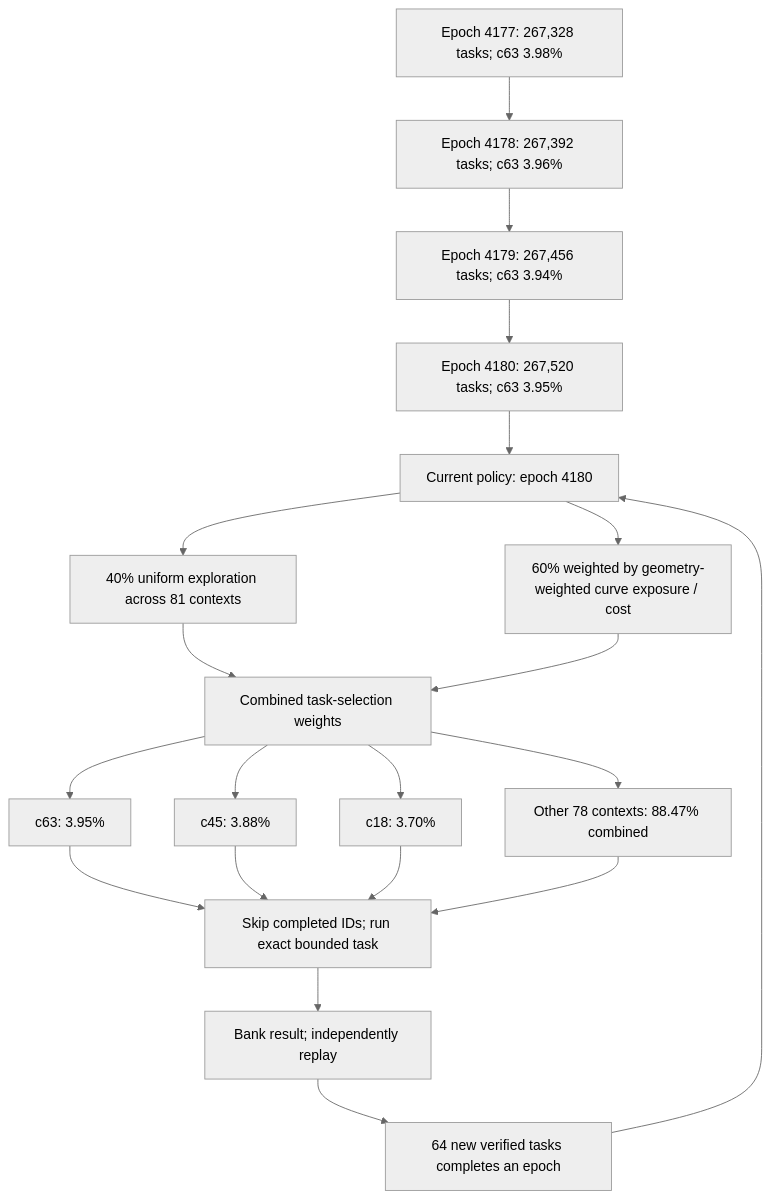
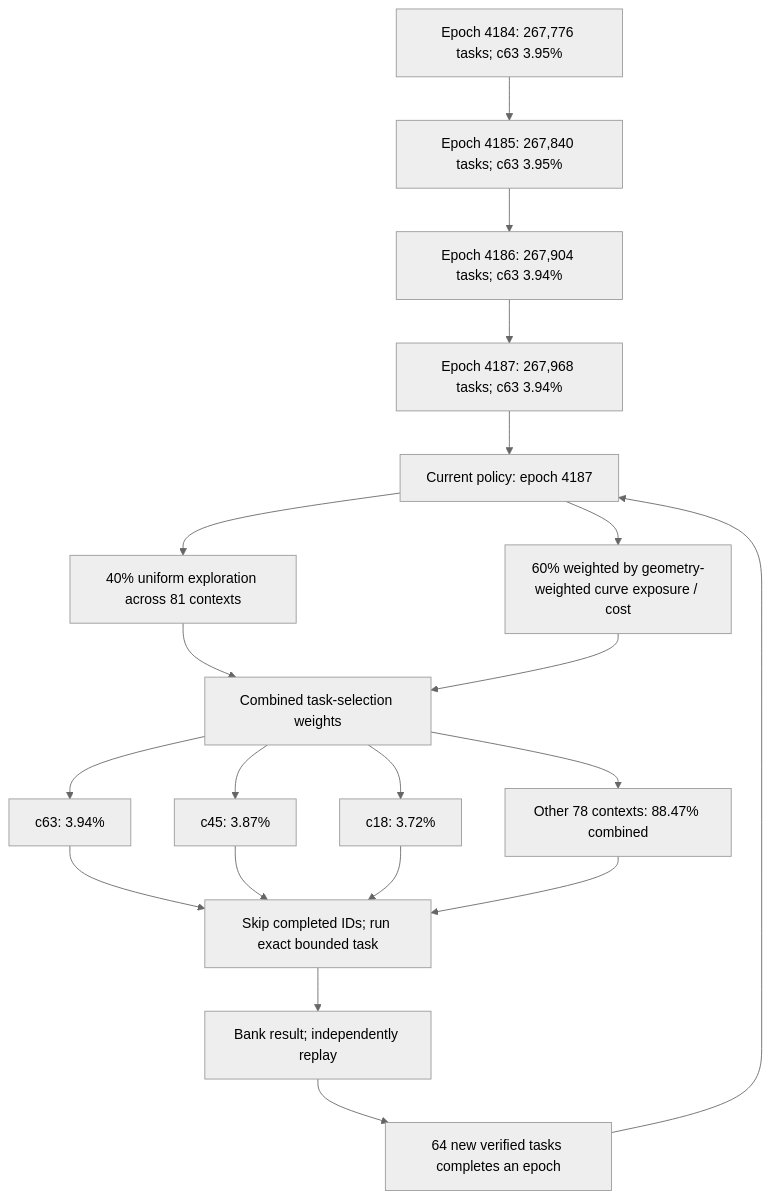
Before and after one commit to Kuberwastaken/math-gambling: the first of 3 diagrams in README.md, drawn with Mermaid (neutral theme). The commit also changed other lines of this file and 999 other files, not shown here.

````diff
--- a/README.md
+++ b/README.md
@@ -60,27 +60,27 @@
 ```mermaid
 flowchart TD
-    H0["Epoch 4177: 267,328 tasks; c63 3.98%"]
-    H1["Epoch 4178: 267,392 tasks; c63 3.96%"]
+    H0["Epoch 4184: 267,776 tasks; c63 3.95%"]
+    H1["Epoch 4185: 267,840 tasks; c63 3.95%"]
     H0 --> H1
-    H2["Epoch 4179: 267,456 tasks; c63 3.94%"]
+    H2["Epoch 4186: 267,904 tasks; c63 3.94%"]
     H1 --> H2
-    H3["Epoch 4180: 267,520 tasks; c63 3.95%"]
+    H3["Epoch 4187: 267,968 tasks; c63 3.94%"]
     H2 --> H3
-    Policy["Current policy: epoch 4180"]
+    Policy["Current policy: epoch 4187"]
     H3 --> Policy
     Policy --> Explore["40% uniform exploration across 81 contexts"]
     Policy --> Cost["60% weighted by geometry-weighted curve exposure / cost"]
     Explore --> Mix["Combined task-selection weights"]
     Cost --> Mix
-    Mix --> C0["c63: 3.95%"]
-    Mix --> C1["c45: 3.88%"]
-    Mix --> C2["c18: 3.70%"]
+    Mix --> C0["c63: 3.94%"]
+    Mix --> C1["c45: 3.87%"]
+    Mix --> C2["c18: 3.72%"]
     Mix --> Rest["Other 78 contexts: 88.47% combined"]
     C0 --> Check["Skip completed IDs; run exact bounded task"]
     C1 --> Check
     C2 --> Check
     Rest --> Check
     Check --> Replay["Bank result; independently replay"]
     Replay --> Gate["64 new verified tasks completes an epoch"]
     Gate --> Policy
 ```
````
